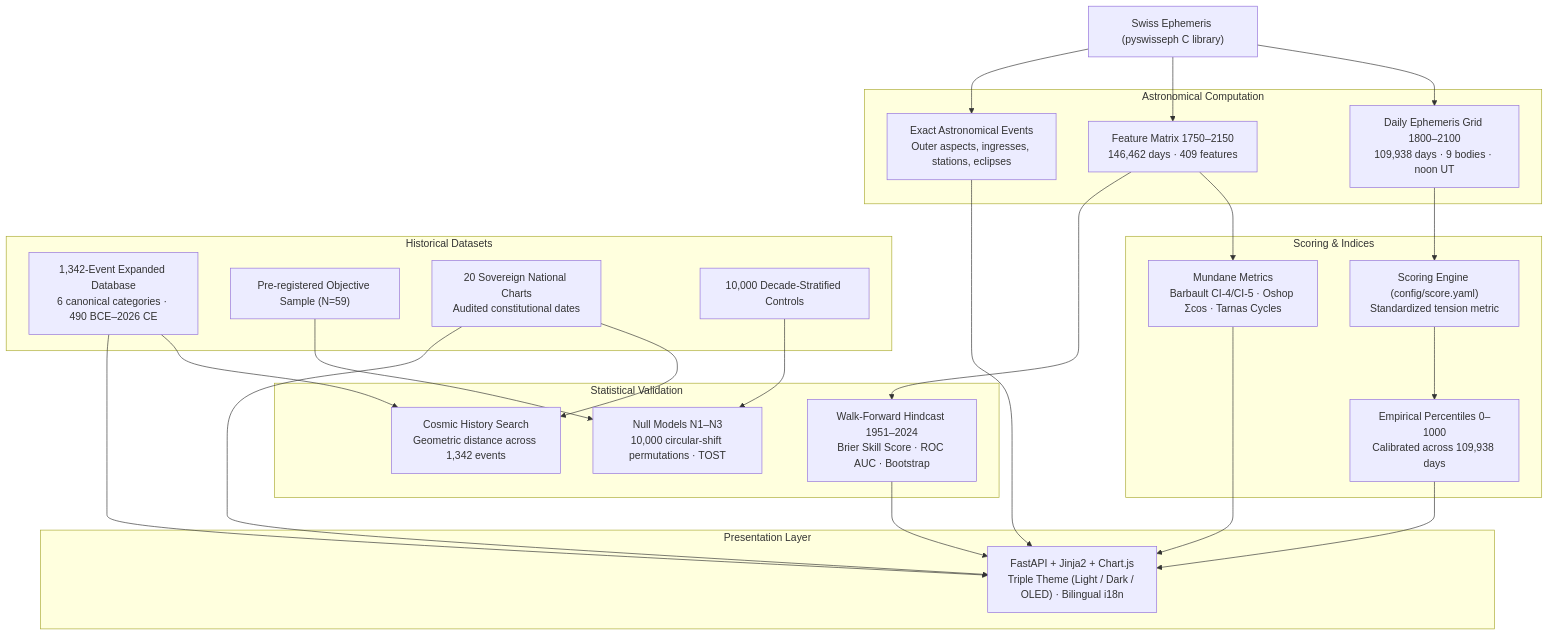
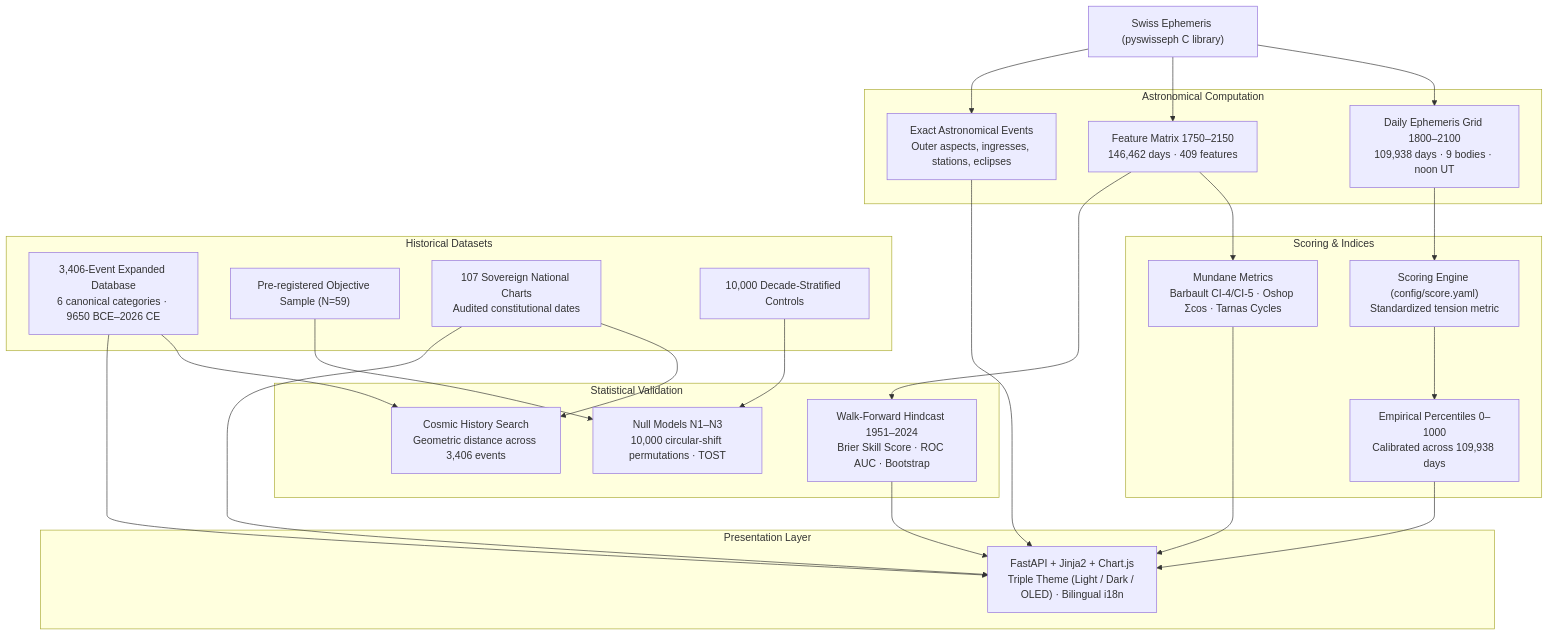
The diagram in README.md (marceloasl99/astro-history), drawn with Mermaid before and after one commit. The commit also changed other lines of this file and 17 other files, not shown here.

Commit message:
docs: comprehensive audit and overhaul of all documentation and file structure for 3,406 events (9650 BCE–2026 CE)

````diff
--- a/README.md
+++ b/README.md
@@ -120,40 +122,40 @@
 ```mermaid
 flowchart TD
     SWE["Swiss Ephemeris (pyswisseph C library)"]
 
     subgraph "Astronomical Computation"
         GRID["Daily Ephemeris Grid 1800–2100<br/>109,938 days · 9 bodies · noon UT"]
         FEAT["Feature Matrix 1750–2150<br/>146,462 days · 409 features"]
         EXACT["Exact Astronomical Events<br/>Outer aspects, ingresses, stations, eclipses"]
     end
 
     subgraph "Scoring & Indices"
         SCORE["Scoring Engine (config/score.yaml)<br/>Standardized tension metric"]
         PCT["Empirical Percentiles 0–1000<br/>Calibrated across 109,938 days"]
         MUNDANE["Mundane Metrics<br/>Barbault CI-4/CI-5 · Oshop Σcos · Tarnas Cycles"]
     end
 
     subgraph "Historical Datasets"
-        CAT["1,342-Event Expanded Database<br/>6 canonical categories · 490 BCE–2026 CE"]
+        CAT["3,406-Event Expanded Database<br/>6 canonical categories · 9650 BCE–2026 CE"]
         V2["Pre-registered Objective Sample (N=59)"]
-        NAT["20 Sovereign National Charts<br/>Audited constitutional dates"]
+        NAT["107 Sovereign National Charts<br/>Audited constitutional dates"]
         CTRL["10,000 Decade-Stratified Controls"]
     end
 
     subgraph "Statistical Validation"
         NULL["Null Models N1–N3<br/>10,000 circular-shift permutations · TOST"]
         HIND["Walk-Forward Hindcast 1951–2024<br/>Brier Skill Score · ROC AUC · Bootstrap"]
-        ANALOG["Cosmic History Search<br/>Geometric distance across 1,342 events"]
+        ANALOG["Cosmic History Search<br/>Geometric distance across 3,406 events"]
     end
 
     subgraph "Presentation Layer"
         APP["FastAPI + Jinja2 + Chart.js<br/>Triple Theme (Light / Dark / OLED) · Bilingual i18n"]
     end
 
     SWE --> GRID & FEAT & EXACT
     GRID --> SCORE --> PCT
     FEAT --> MUNDANE & HIND
     CAT & NAT --> ANALOG & APP
     V2 & CTRL --> NULL
     PCT & EXACT & HIND & MUNDANE --> APP
 ```
````
